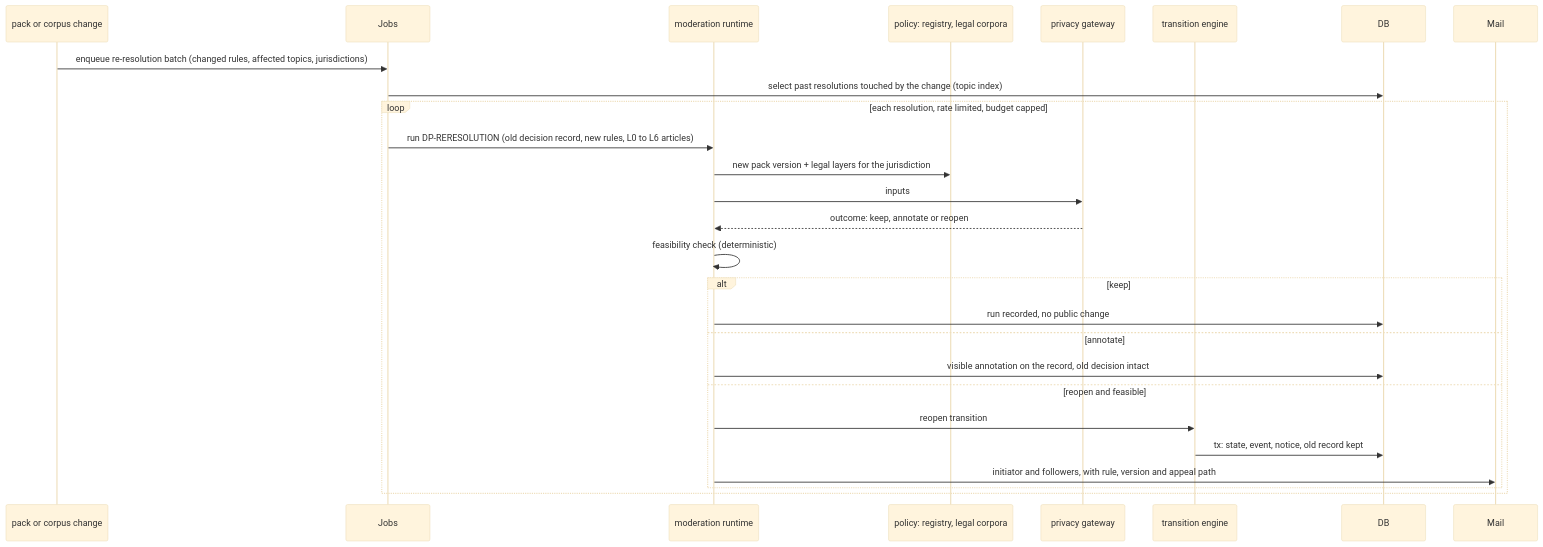
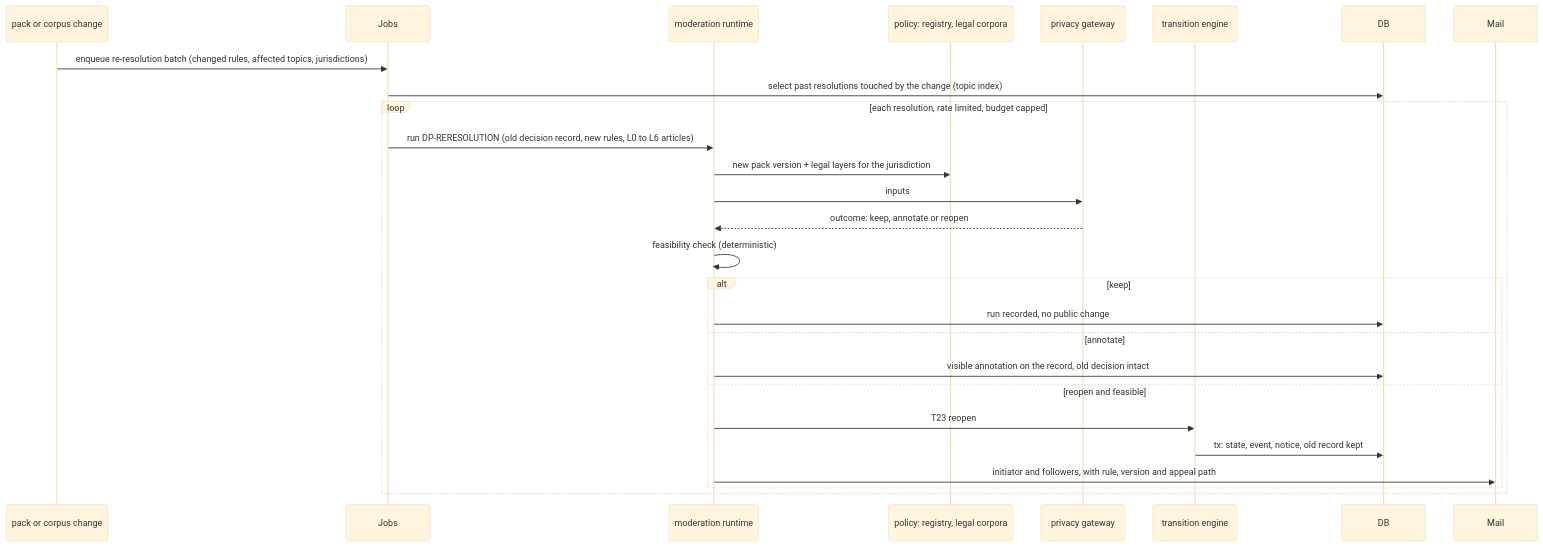
Before and after one commit to community-action-network-oss/community_action_network_oss: the first of 2 diagrams in docs/design/flows/re-resolution.md, drawn with Mermaid (base theme). The commit also changed other lines of this file and 2 other files, not shown here.

````diff
--- a/docs/design/flows/re-resolution.md
+++ b/docs/design/flows/re-resolution.md
@@ -13,29 +13,29 @@
 ```mermaid
 sequenceDiagram
   participant Trig as pack or corpus change
   participant Jobs
   participant Mod as moderation runtime
   participant Pol as policy: registry, legal corpora
   participant GW as privacy gateway
   participant Eng as transition engine
   participant DB
   participant Mail
   Trig->>Jobs: enqueue re-resolution batch (changed rules, affected topics, jurisdictions)
   Jobs->>DB: select past resolutions touched by the change (topic index)
   loop each resolution, rate limited, budget capped
     Jobs->>Mod: run DP-RERESOLUTION (old decision record, new rules, L0 to L6 articles)
     Mod->>Pol: new pack version + legal layers for the jurisdiction
     Mod->>GW: inputs
     GW-->>Mod: outcome: keep, annotate or reopen
     Mod->>Mod: feasibility check (deterministic)
     alt keep
       Mod->>DB: run recorded, no public change
     else annotate
       Mod->>DB: visible annotation on the record, old decision intact
     else reopen and feasible
-      Mod->>Eng: reopen transition
+      Mod->>Eng: T23 reopen
       Eng->>DB: tx: state, event, notice, old record kept
       Mod->>Mail: initiator and followers, with rule, version and appeal path
     end
   end
 ```
````
